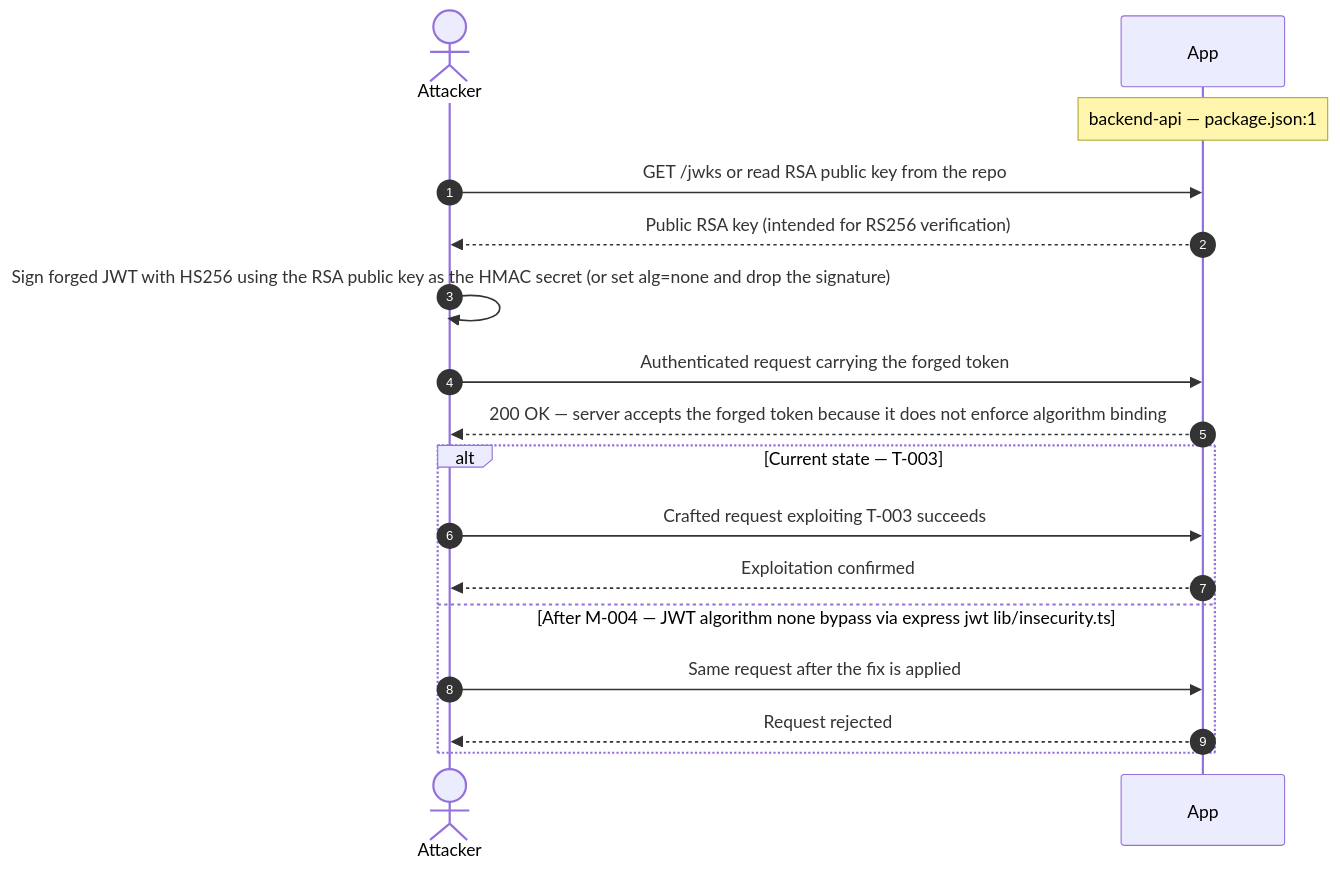
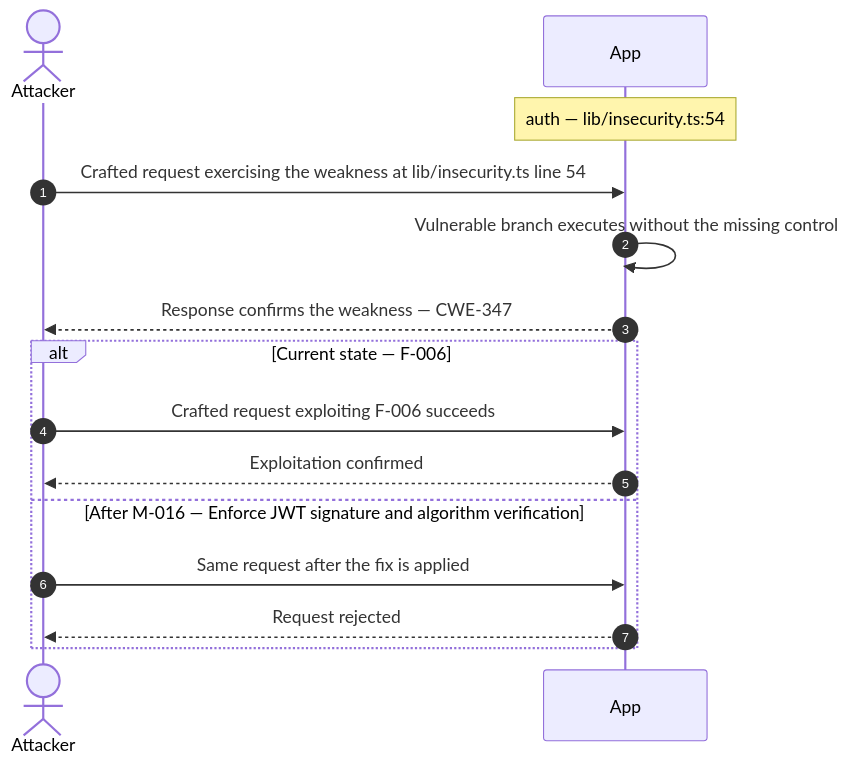
One commit to appsec-foundry/appsec-advisor changed the fourth of 12 diagrams in tests/fixtures/e2e/_repair-run/.fragments/_chain-skeleton.md. Above: the diagram before and after it, drawn with Mermaid. The commit also changed other lines of this file and 184 other files, not shown here.

````diff
--- a/tests/fixtures/e2e/_repair-run/.fragments/_chain-skeleton.md
+++ b/tests/fixtures/e2e/_repair-run/.fragments/_chain-skeleton.md
@@ -101,19 +139,17 @@
 ```mermaid
 sequenceDiagram
     autonumber
     actor Attacker
     participant App
-    Note over App: backend-api — package.json:1
-    Attacker->>App: GET /jwks or read RSA public key from the repo
-    App-->>Attacker: Public RSA key (intended for RS256 verification)
-    Attacker->>Attacker: Sign forged JWT with HS256 using the RSA public key as the HMAC secret (or set alg=none and drop the signature)
-    Attacker->>App: Authenticated request carrying the forged token
-    App-->>Attacker: 200 OK — server accepts the forged token because it does not enforce algorithm binding
-    alt Current state — T-003
-        Attacker->>App: Crafted request exploiting T-003 succeeds
+    Note over App: auth — lib/insecurity.ts:54
+    Attacker->>App: Crafted request exercising the weakness at lib/insecurity.ts line 54
+    App->>App: Vulnerable branch executes without the missing control
+    App-->>Attacker: Response confirms the weakness — CWE-347
+    alt Current state — F-006
+        Attacker->>App: Crafted request exploiting F-006 succeeds
         App-->>Attacker: Exploitation confirmed
-    else After M-004 — JWT algorithm none bypass via express jwt lib/insecurity.ts
+    else After M-016 — Enforce JWT signature and algorithm verification
         Attacker->>App: Same request after the fix is applied
         App-->>Attacker: Request rejected
     end
 ```
````
